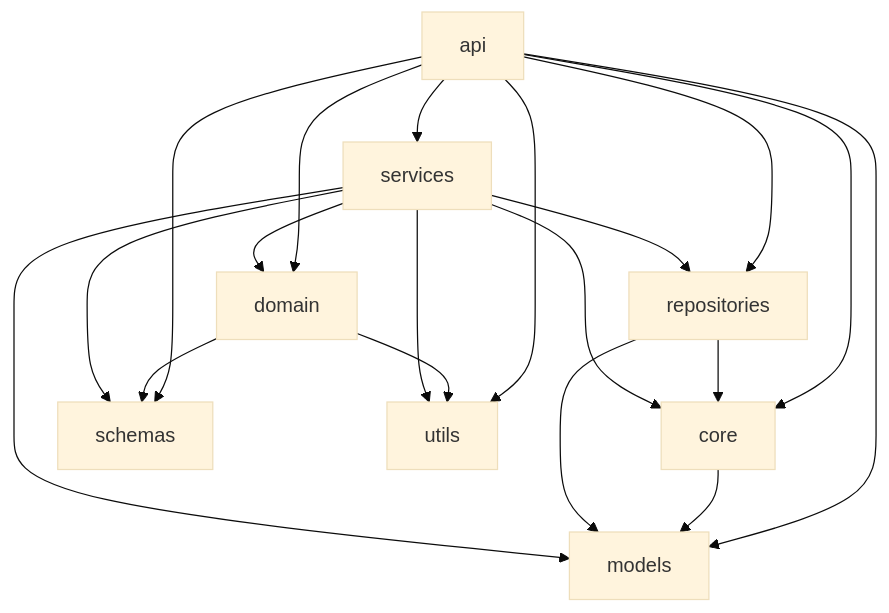
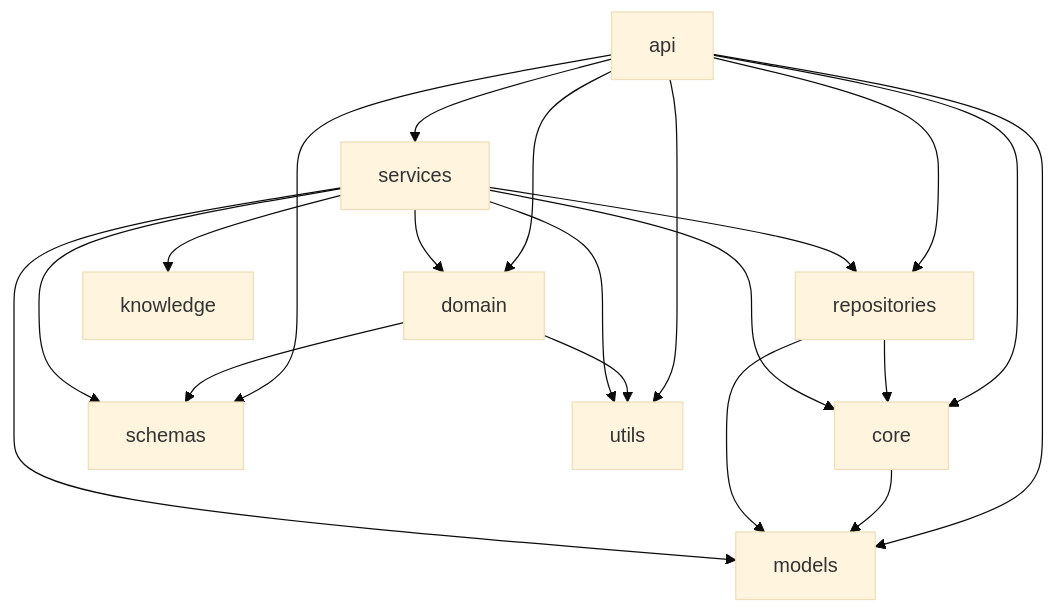
The diagram in backend/docs/ARCHITECTURE.md (chams-eddine/predaiot-platform), drawn with Mermaid (base theme) before and after one commit. The commit also changed other lines of this file and 9 other files, not shown here.

````diff
--- a/backend/docs/ARCHITECTURE.md
+++ b/backend/docs/ARCHITECTURE.md
@@ -7,21 +7,22 @@
 ```mermaid
 graph TD
     api --> core
     api --> domain
     api --> models
     api --> repositories
     api --> schemas
     api --> services
     api --> utils
     core --> models
     domain --> schemas
     domain --> utils
     repositories --> core
     repositories --> models
     services --> core
     services --> domain
+    services --> knowledge
     services --> models
     services --> repositories
     services --> schemas
     services --> utils
 ```
````
